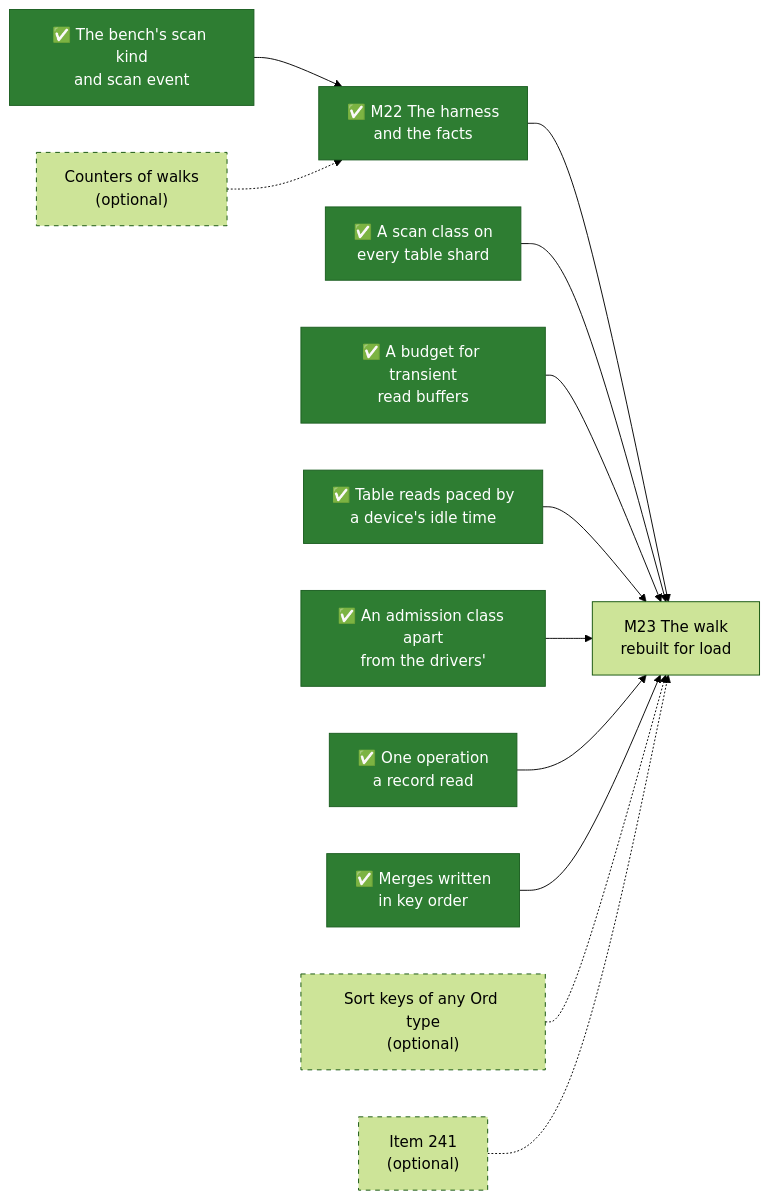
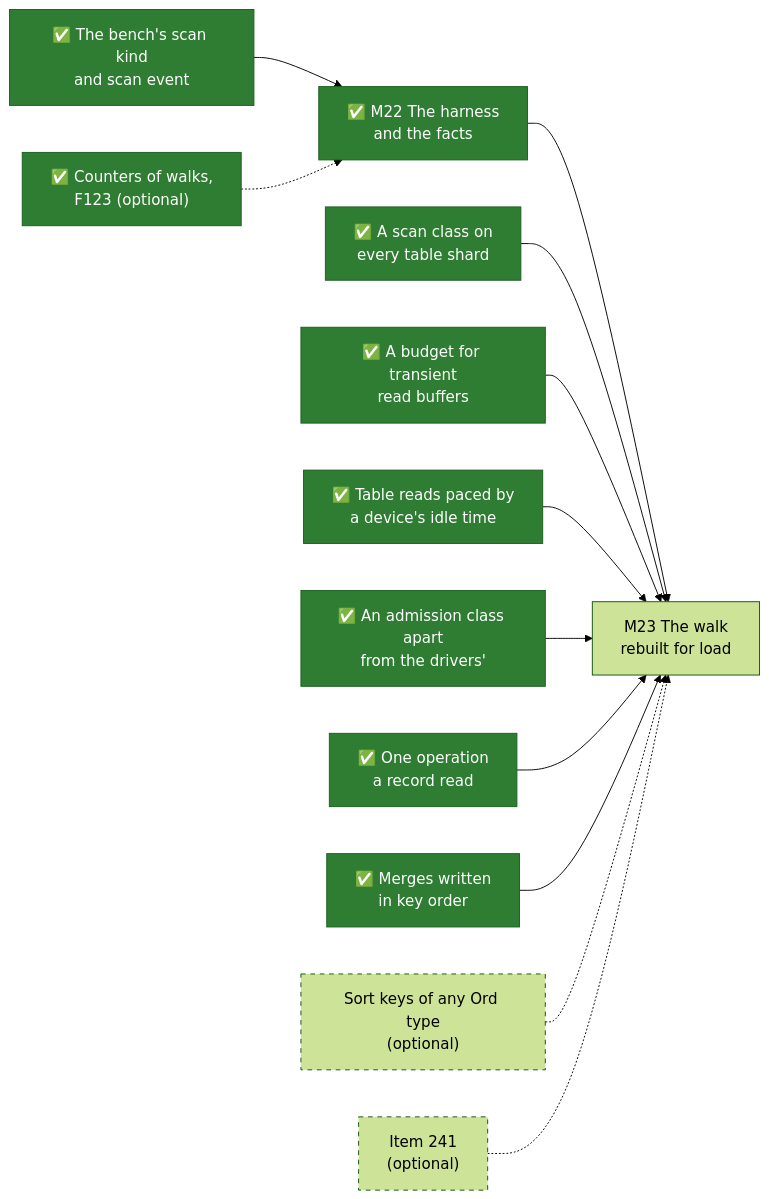
One commit to mjcarson/shoal changed the diagram in docs/src/future-work/scans/prerequisites.md. Above: the diagram before and after it, drawn with Mermaid (forest theme). The commit also changed other lines of this file and 15 other files, not shown here.

````diff
--- a/docs/src/future-work/scans/prerequisites.md
+++ b/docs/src/future-work/scans/prerequisites.md
@@ -281,28 +281,28 @@
 ```mermaid
 flowchart LR
     classDef done fill:#2e7d32,stroke:#1b5e20,color:#ffffff
     classDef optional stroke-dasharray: 5 5
     Bench["✅ The bench's scan kind<br>and scan event"]:::done
     Class["✅ A scan class on<br>every table shard"]:::done
     Budget["✅ A budget for transient<br>read buffers"]:::done
     Pace["✅ Table reads paced by<br>a device's idle time"]:::done
     Admit["✅ An admission class apart<br>from the drivers'"]:::done
     Read1["✅ One operation<br>a record read"]:::done
     Sorted["✅ Merges written<br>in key order"]:::done
-    Counters["Counters of walks<br>(optional)"]:::optional
+    Counters["✅ Counters of walks,<br>F123 (optional)"]:::done
     SortKeys["Sort keys of any Ord type<br>(optional)"]:::optional
     I241["Item 241<br>(optional)"]:::optional
     M22["✅ M22 The harness<br>and the facts"]:::done
     M23["M23 The walk<br>rebuilt for load"]
     Bench --> M22
     M22 --> M23
     Class --> M23
     Budget --> M23
     Pace --> M23
     Admit --> M23
     Read1 --> M23
     Sorted --> M23
     Counters -.-> M22
     SortKeys -.-> M23
     I241 -.-> M23
 ```
````
